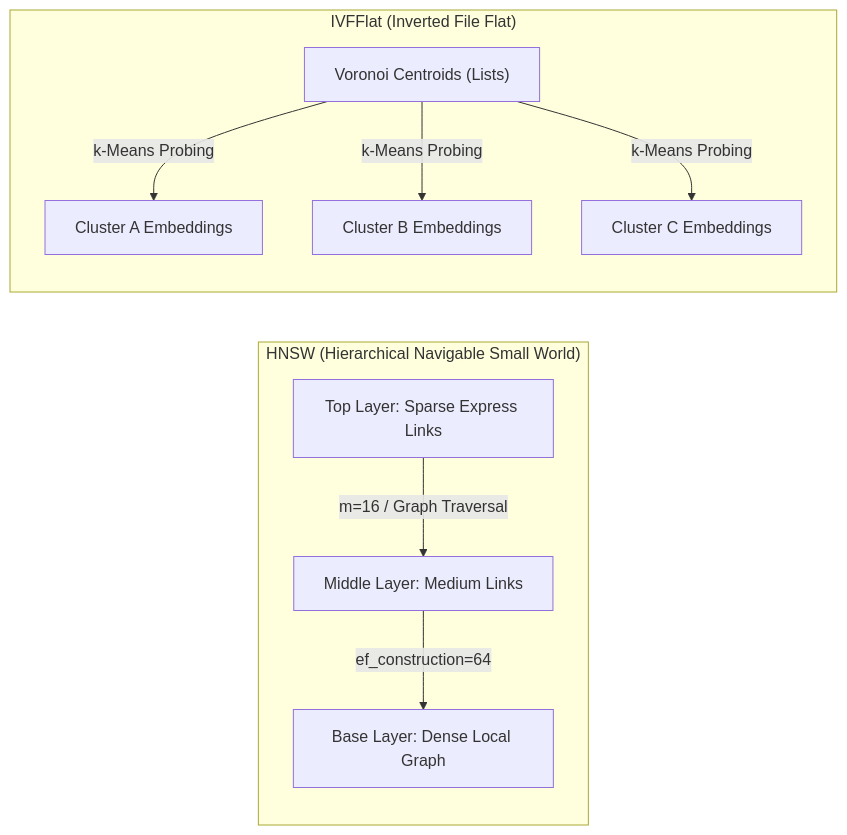
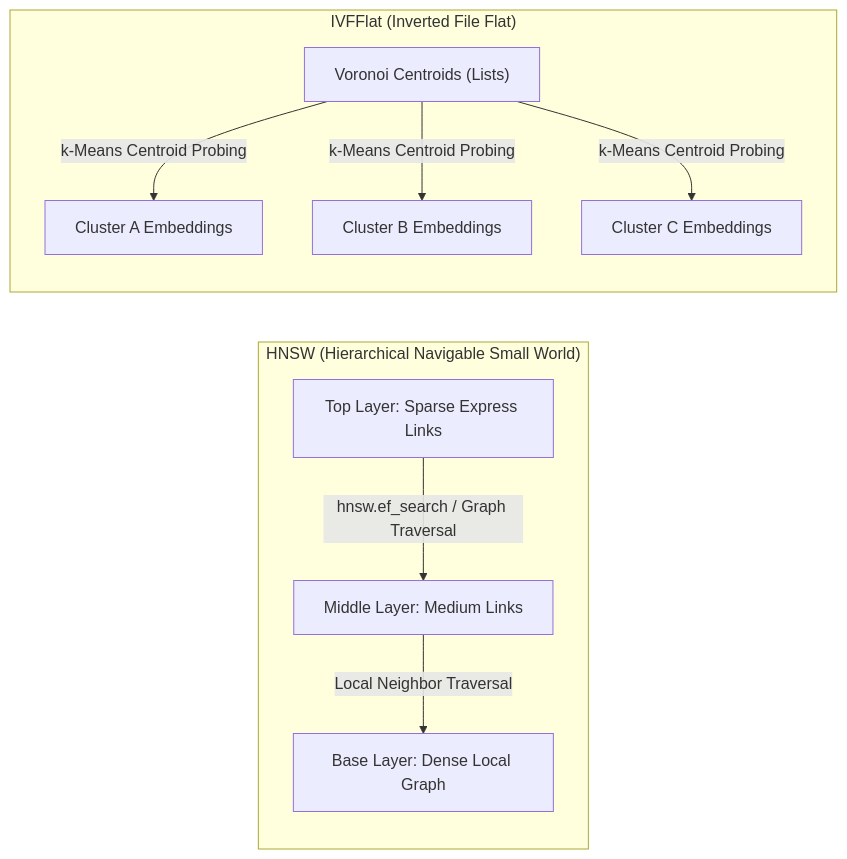
Before and after one commit to linuxmalaysia/bda-ai-infra: the first of 2 diagrams in docs/reference/postgresql-pgvector-enterprise-strategy.md, drawn with Mermaid. The commit also changed 17 other files, not shown here.

Commit message:
feat: update dual-render diagrams and routing tables per PR review feedback

````diff
--- a/docs/reference/postgresql-pgvector-enterprise-strategy.md
+++ b/docs/reference/postgresql-pgvector-enterprise-strategy.md
@@ -146,13 +146,13 @@
 ```mermaid
 flowchart LR
     subgraph HNSW ["HNSW (Hierarchical Navigable Small World)"]
-        Layer2["Top Layer: Sparse Express Links"] -->|"m=16 / Graph Traversal"| Layer1["Middle Layer: Medium Links"]
-        Layer1 -->|"ef_construction=64"| Layer0["Base Layer: Dense Local Graph"]
+        Layer2["Top Layer: Sparse Express Links"] -->|"hnsw.ef_search / Graph Traversal"| Layer1["Middle Layer: Medium Links"]
+        Layer1 -->|"Local Neighbor Traversal"| Layer0["Base Layer: Dense Local Graph"]
     end
 
     subgraph IVFFlat ["IVFFlat (Inverted File Flat)"]
-        Centroids["Voronoi Centroids (Lists)"] -->|"k-Means Probing"| ClusterA["Cluster A Embeddings"]
-        Centroids -->|"k-Means Probing"| ClusterB["Cluster B Embeddings"]
-        Centroids -->|"k-Means Probing"| ClusterC["Cluster C Embeddings"]
+        Centroids["Voronoi Centroids (Lists)"] -->|"k-Means Centroid Probing"| ClusterA["Cluster A Embeddings"]
+        Centroids -->|"k-Means Centroid Probing"| ClusterB["Cluster B Embeddings"]
+        Centroids -->|"k-Means Centroid Probing"| ClusterC["Cluster C Embeddings"]
     end
 ```
````
